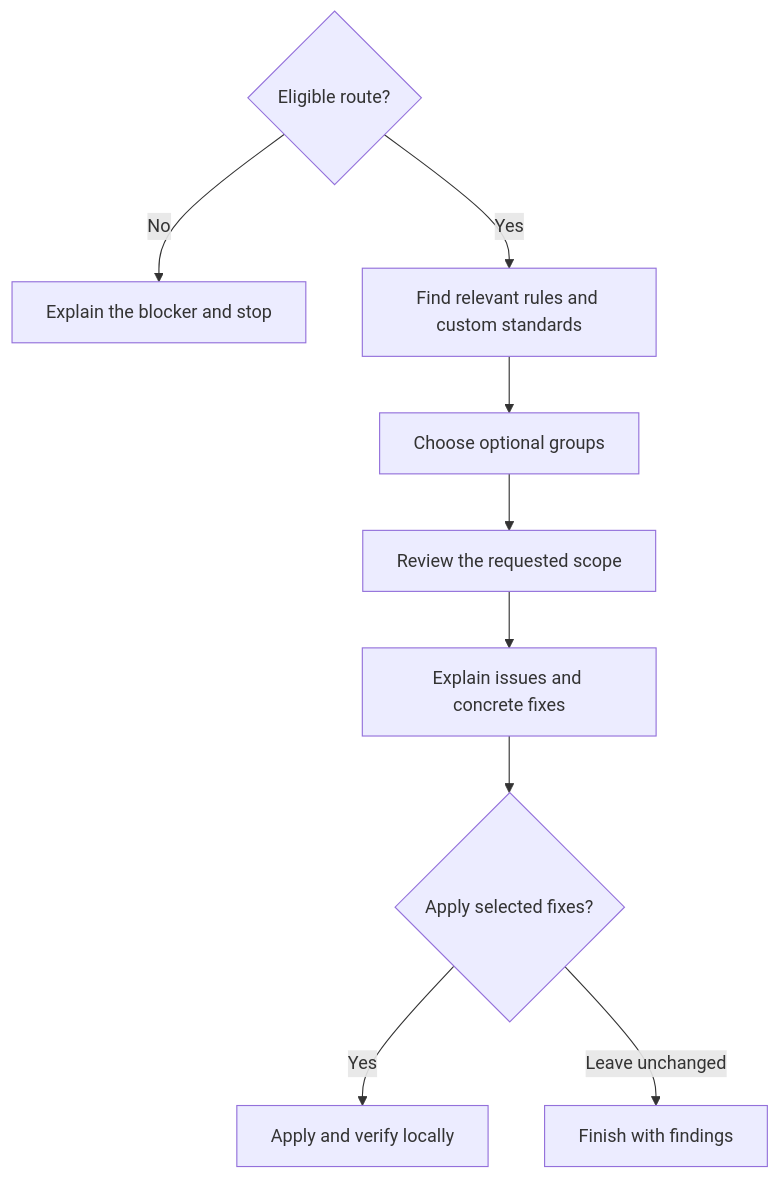
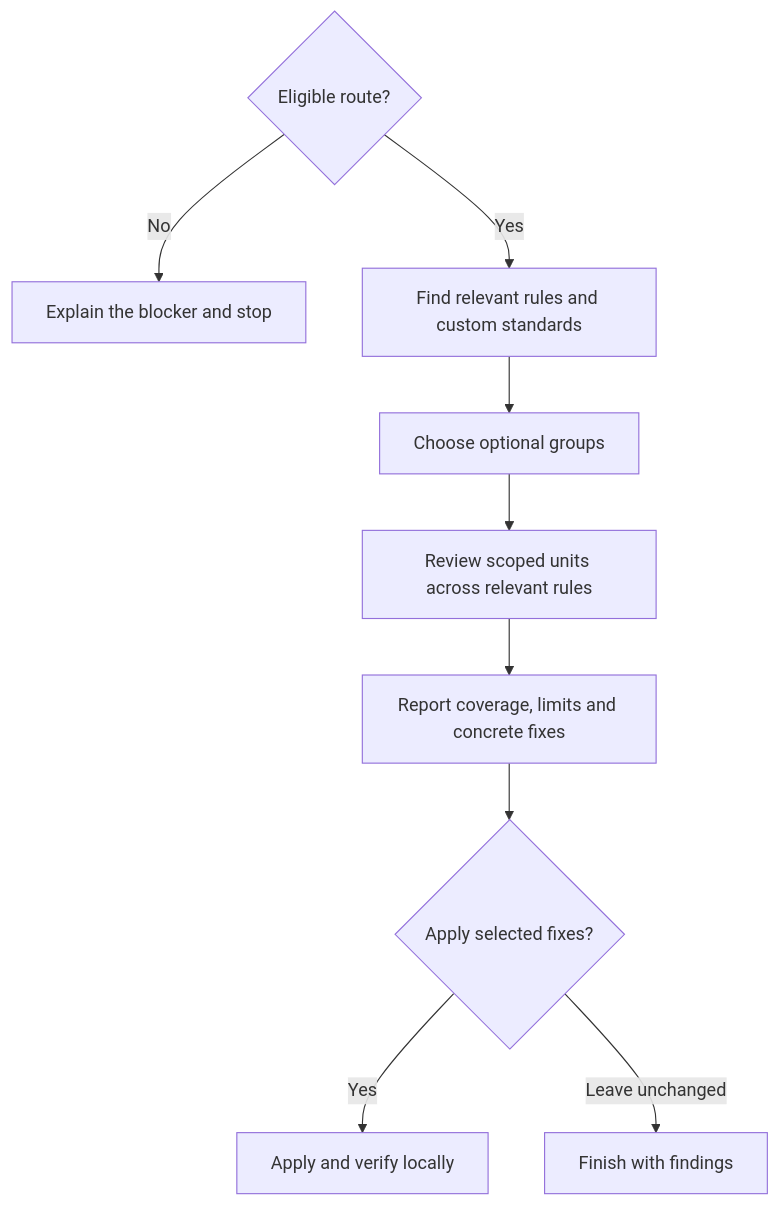
Before and after one commit to myowinthein/agent-helm: the diagram in docs/commands/polish.md, drawn with Mermaid. The commit also changed other lines of this file and 2 other files, not shown here.

Commit message:
feat(polish): account for review coverage before completion

````diff
--- a/docs/commands/polish.md
+++ b/docs/commands/polish.md
@@ -17,11 +17,11 @@
 ```mermaid
 flowchart TD
   Ready{"Eligible route?"} -->|No| Stop["Explain the blocker and stop"]
   Ready -->|Yes| Discover["Find relevant rules and custom standards"]
   Discover --> Select["Choose optional groups"]
-  Select --> Review["Review the requested scope"]
-  Review --> Findings["Explain issues and concrete fixes"]
+  Select --> Review["Review scoped units across relevant rules"]
+  Review --> Findings["Report coverage, limits and concrete fixes"]
   Findings --> Choice{"Apply selected fixes?"}
   Choice -->|Yes| Apply["Apply and verify locally"]
   Choice -->|Leave unchanged| Finish["Finish with findings"]
 ```
````
